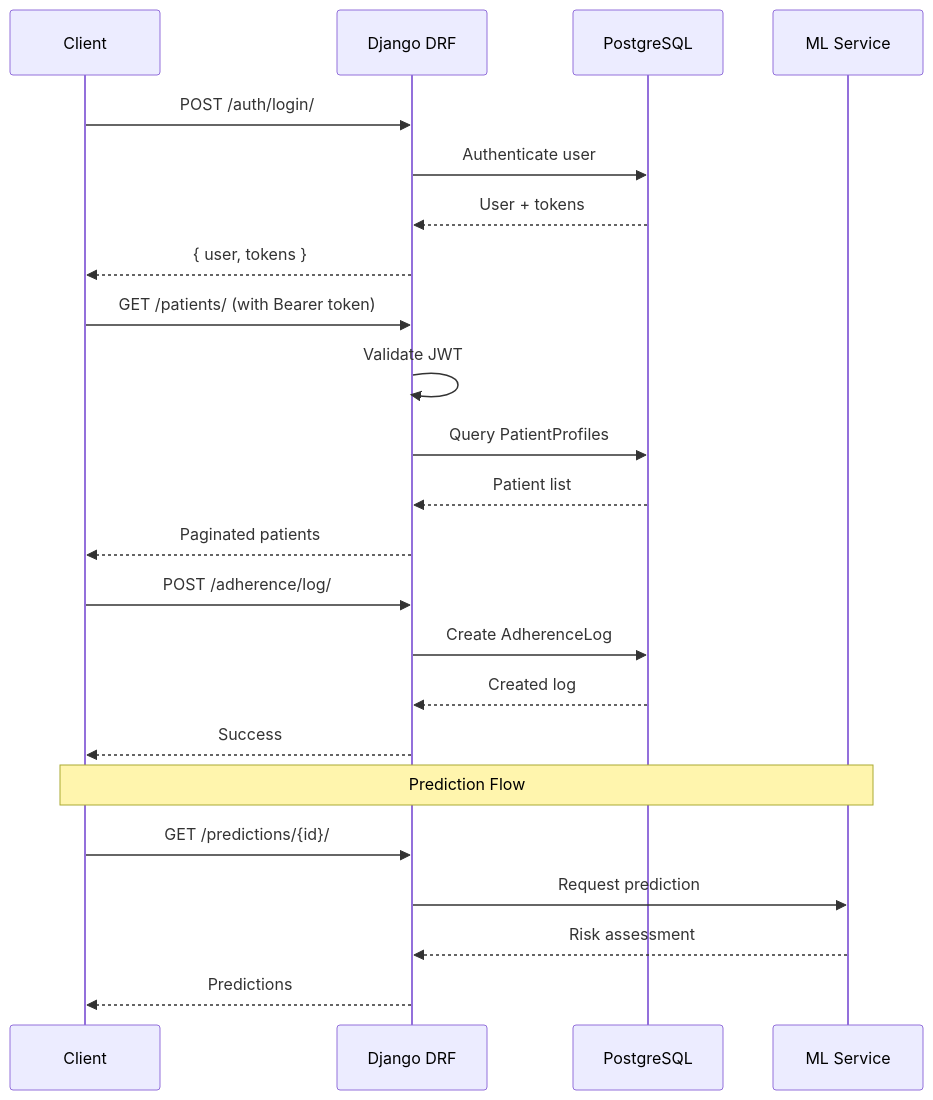
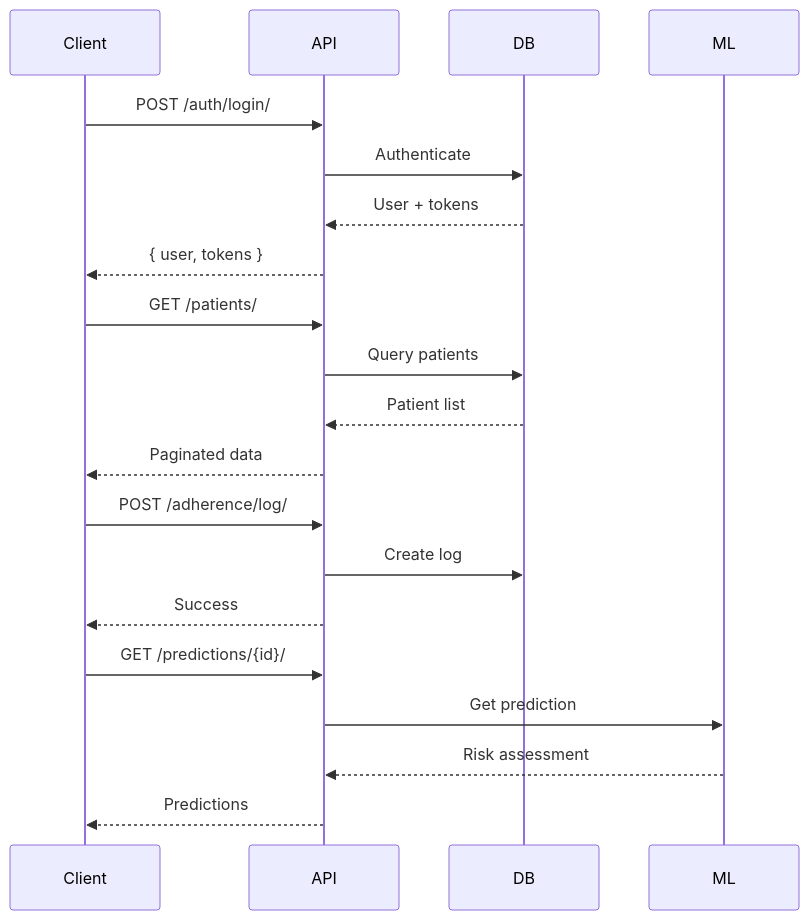
Before and after one commit to rathinadev/MedAssist: the second of 2 diagrams in README.md, drawn with Mermaid. The commit also changed other lines of this file, not shown here.

Commit message:
docs: clean README - simple Mermaid diagrams

````diff
--- a/README.md
+++ b/README.md
@@ -196,29 +93,26 @@
 ```mermaid
 sequenceDiagram
     participant Client
-    participant API as Django DRF
-    participant DB as PostgreSQL
-    participant ML as ML Service
+    participant API
+    participant DB
+    participant ML
     
     Client->>API: POST /auth/login/
-    API->>DB: Authenticate user
+    API->>DB: Authenticate
     DB-->>API: User + tokens
     API-->>Client: { user, tokens }
     
-    Client->>API: GET /patients/ (with Bearer token)
-    API->>API: Validate JWT
-    API->>DB: Query PatientProfiles
+    Client->>API: GET /patients/
+    API->>DB: Query patients
     DB-->>API: Patient list
-    API-->>Client: Paginated patients
+    API-->>Client: Paginated data
     
     Client->>API: POST /adherence/log/
-    API->>DB: Create AdherenceLog
-    DB-->>API: Created log
+    API->>DB: Create log
     API-->>Client: Success
     
-    Note over Client,ML: Prediction Flow
     Client->>API: GET /predictions/{id}/
-    API->>ML: Request prediction
+    API->>ML: Get prediction
     ML-->>API: Risk assessment
     API-->>Client: Predictions
 ```
````
